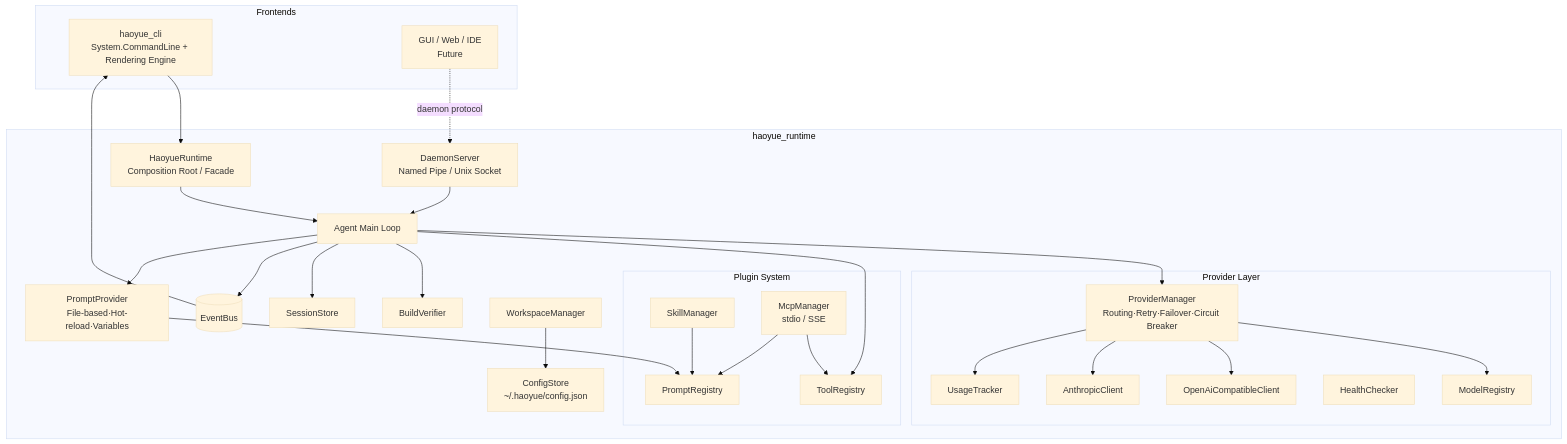
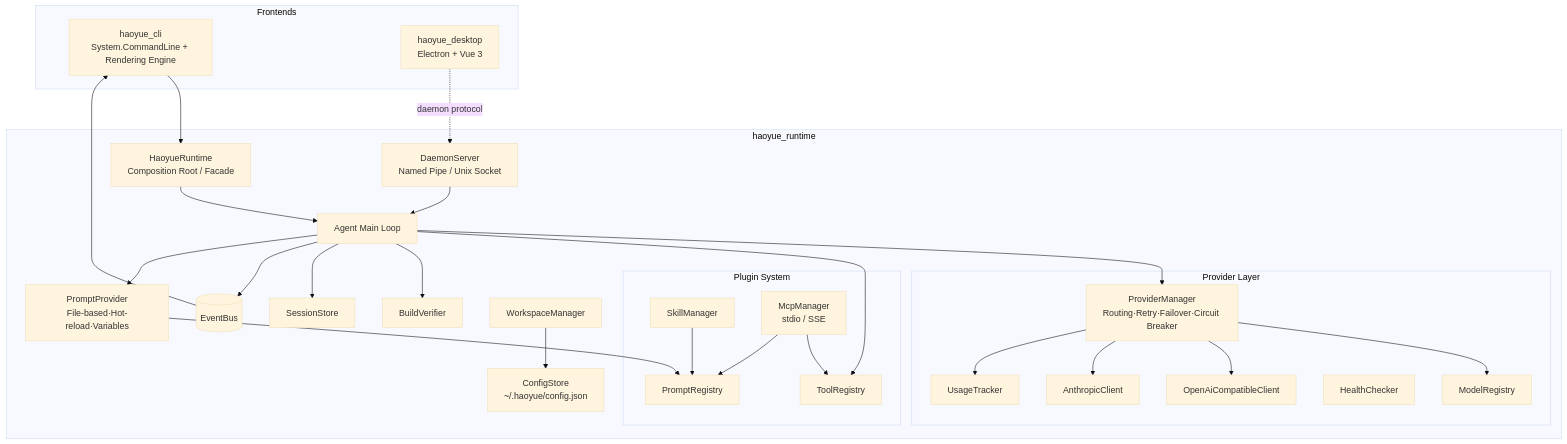
The diagram in README_EN.md (Laogaodhck/haoyue), drawn with Mermaid (base theme) before and after one commit. The commit also changed other lines of this file and 34 other files, not shown here.

````diff
--- a/README_EN.md
+++ b/README_EN.md
@@ -134,54 +160,54 @@
 ```mermaid
 flowchart TD
     subgraph Frontends[Frontends]
         CLI[haoyue_cli<br/>System.CommandLine + Rendering Engine]
-        GUI[GUI / Web / IDE<br/>Future]
+        DESKTOP[haoyue_desktop<br/>Electron + Vue 3]
     end
 
     subgraph Runtime[haoyue_runtime]
         Facade[HaoyueRuntime<br/>Composition Root / Facade]
         Agent[Agent Main Loop]
         Bus[(EventBus)]
         subgraph Provider[Provider Layer]
             PM[ProviderManager<br/>Routing·Retry·Failover·Circuit Breaker]
             MR[ModelRegistry]
             OAI[OpenAiCompatibleClient]
             ANT[AnthropicClient]
             HC[HealthChecker]
             UT[UsageTracker]
         end
         subgraph Plugins[Plugin System]
             TR[ToolRegistry]
             PR[PromptRegistry]
             SK[SkillManager]
             MCP[McpManager<br/>stdio / SSE]
         end
         PP[PromptProvider<br/>File-based·Hot-reload·Variables]
         WS[WorkspaceManager]
         SS[SessionStore]
         VF[BuildVerifier]
         CFG[ConfigStore<br/>~/.haoyue/config.json]
         DMN[DaemonServer<br/>Named Pipe / Unix Socket]
     end
 
     CLI --> Facade
-    GUI -. daemon protocol .-> DMN
+    DESKTOP -. daemon protocol .-> DMN
     DMN --> Agent
     Facade --> Agent
     Agent --> PM
     Agent --> TR
     Agent --> VF
     Agent --> SS
     Agent --> Bus
     PM --> MR
     PM --> OAI
     PM --> ANT
     PM --> UT
     SK --> PR
     MCP --> TR
     MCP --> PR
     Agent --> PP
     PP --> PR
     WS --> CFG
     Bus --> CLI
 ```
````
